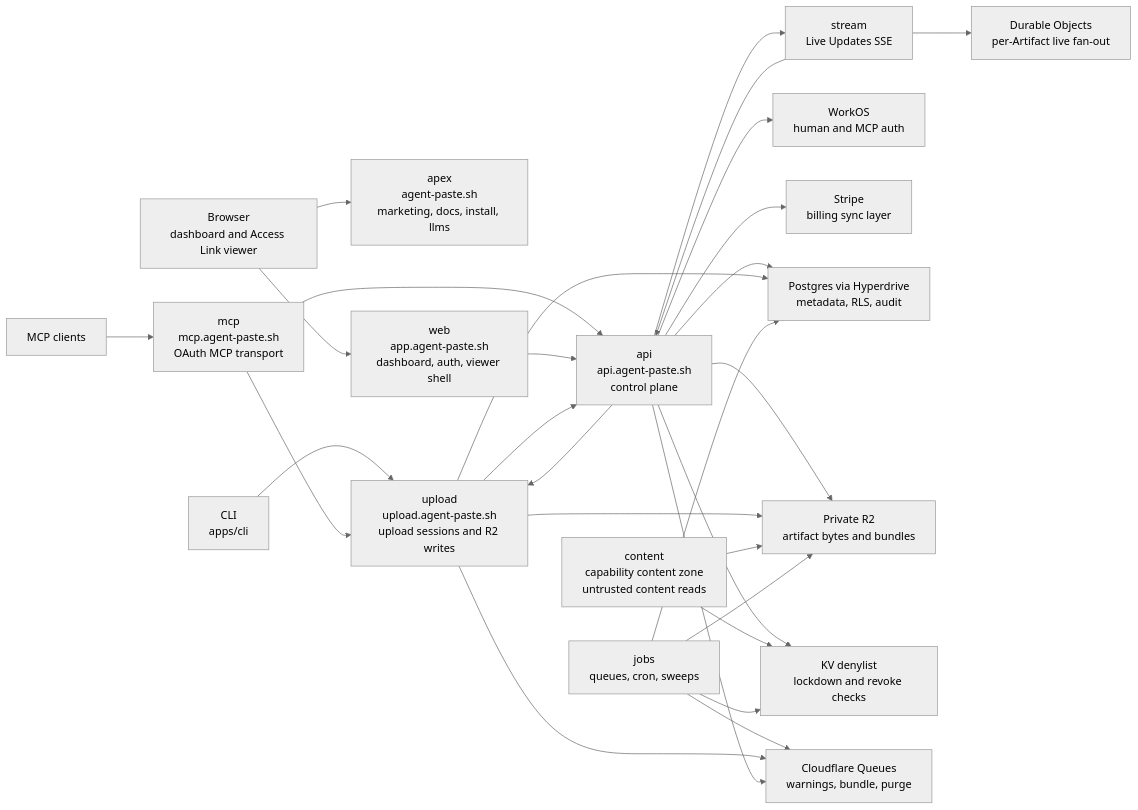
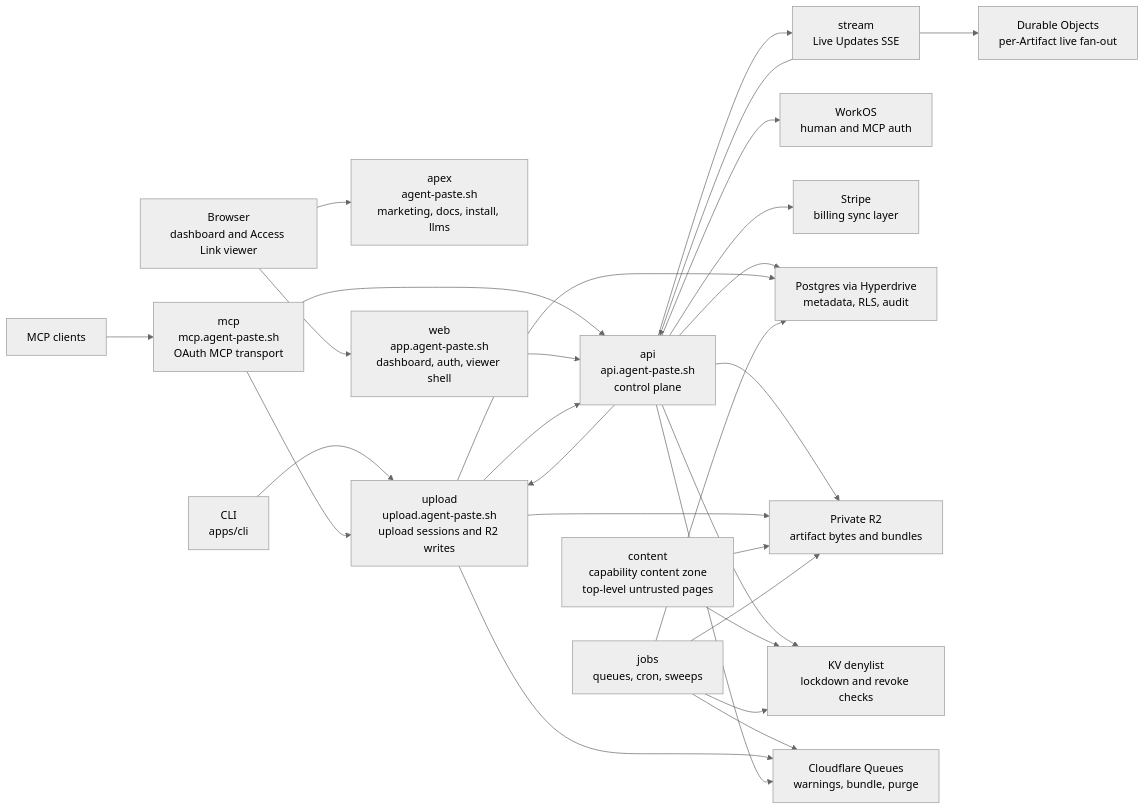
One commit to zaks-io/agent-paste changed the first of 5 diagrams in docs/specs/architecture.md. Above: the diagram before and after it, drawn with Mermaid (neutral theme). The commit also changed other lines of this file and 76 other files, not shown here.

First line of the commit message:
feat(content): add durable capability URLs (#610)

````diff
--- a/docs/specs/architecture.md
+++ b/docs/specs/architecture.md
@@ -16,53 +16,53 @@
 ```mermaid
 flowchart LR
   cli["CLI<br/>apps/cli"]
   browser["Browser<br/>dashboard and Access Link viewer"]
   agents["MCP clients"]
 
   apex["apex<br/>agent-paste.sh<br/>marketing, docs, install, llms"]
   web["web<br/>app.agent-paste.sh<br/>dashboard, auth, viewer shell"]
   mcp["mcp<br/>mcp.agent-paste.sh<br/>OAuth MCP transport"]
   api["api<br/>api.agent-paste.sh<br/>control plane"]
   upload["upload<br/>upload.agent-paste.sh<br/>upload sessions and R2 writes"]
-  content["content<br/>capability content zone<br/>untrusted content reads"]
+  content["content<br/>capability content zone<br/>top-level untrusted pages"]
   stream["stream<br/>Live Updates SSE"]
   jobs["jobs<br/>queues, cron, sweeps"]
 
   workos["WorkOS<br/>human and MCP auth"]
   stripe["Stripe<br/>billing sync layer"]
   pg["Postgres via Hyperdrive<br/>metadata, RLS, audit"]
   r2["Private R2<br/>artifact bytes and bundles"]
   kv["KV denylist<br/>lockdown and revoke checks"]
   queues["Cloudflare Queues<br/>warnings, bundle, purge"]
   durable["Durable Objects<br/>per-Artifact live fan-out"]
 
   cli --> upload
   agents --> mcp
   browser --> web
   browser --> apex
 
   mcp --> api
   mcp --> upload
   web --> api
   upload --> api
   api --> upload
   api --> stream
   stream --> durable
   stream --> api
 
   api --> pg
   api --> r2
   api --> kv
   api --> workos
   api --> stripe
   upload --> r2
   upload --> pg
   content --> r2
   content --> kv
   jobs --> pg
   jobs --> r2
   jobs --> kv
   jobs --> queues
   upload --> queues
   api --> queues
 ```
````
